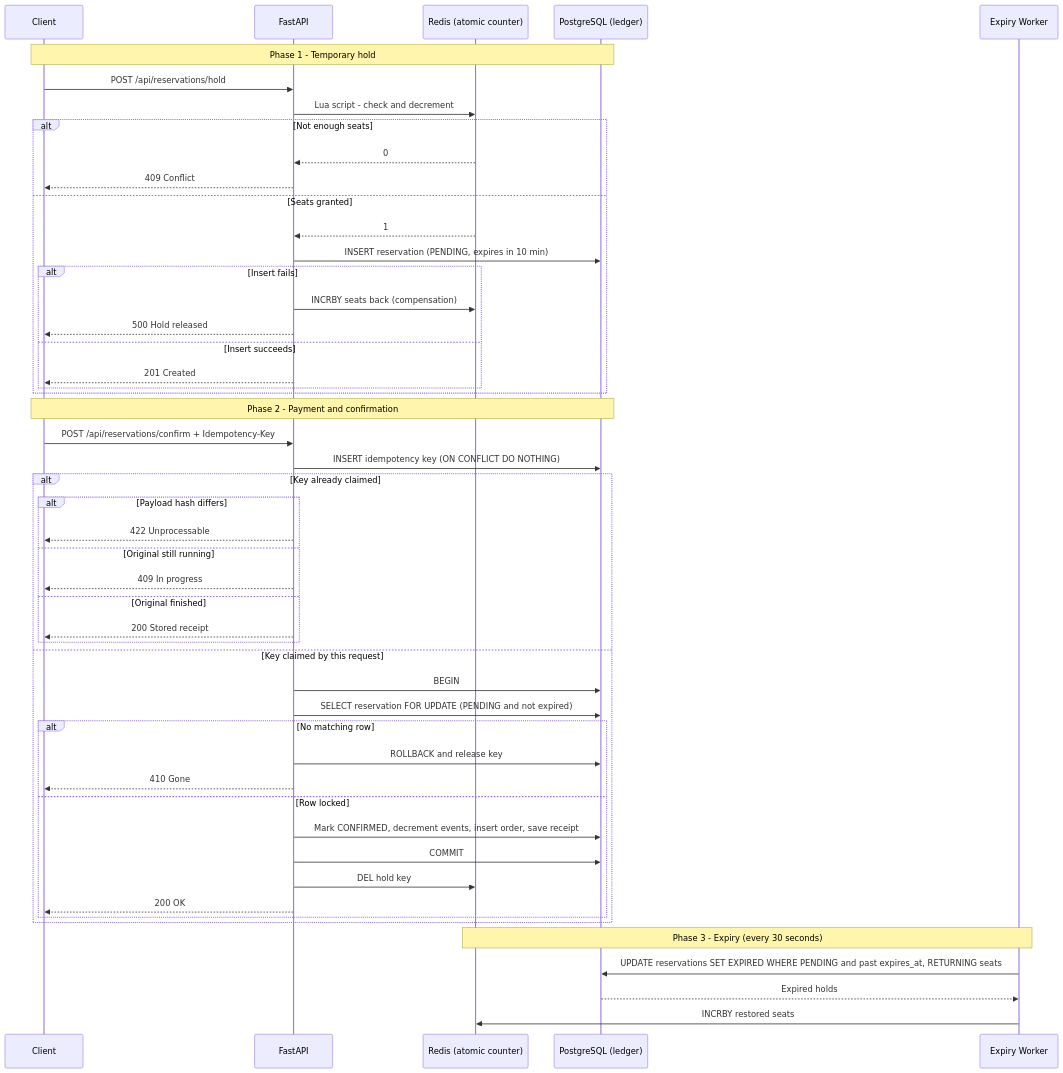
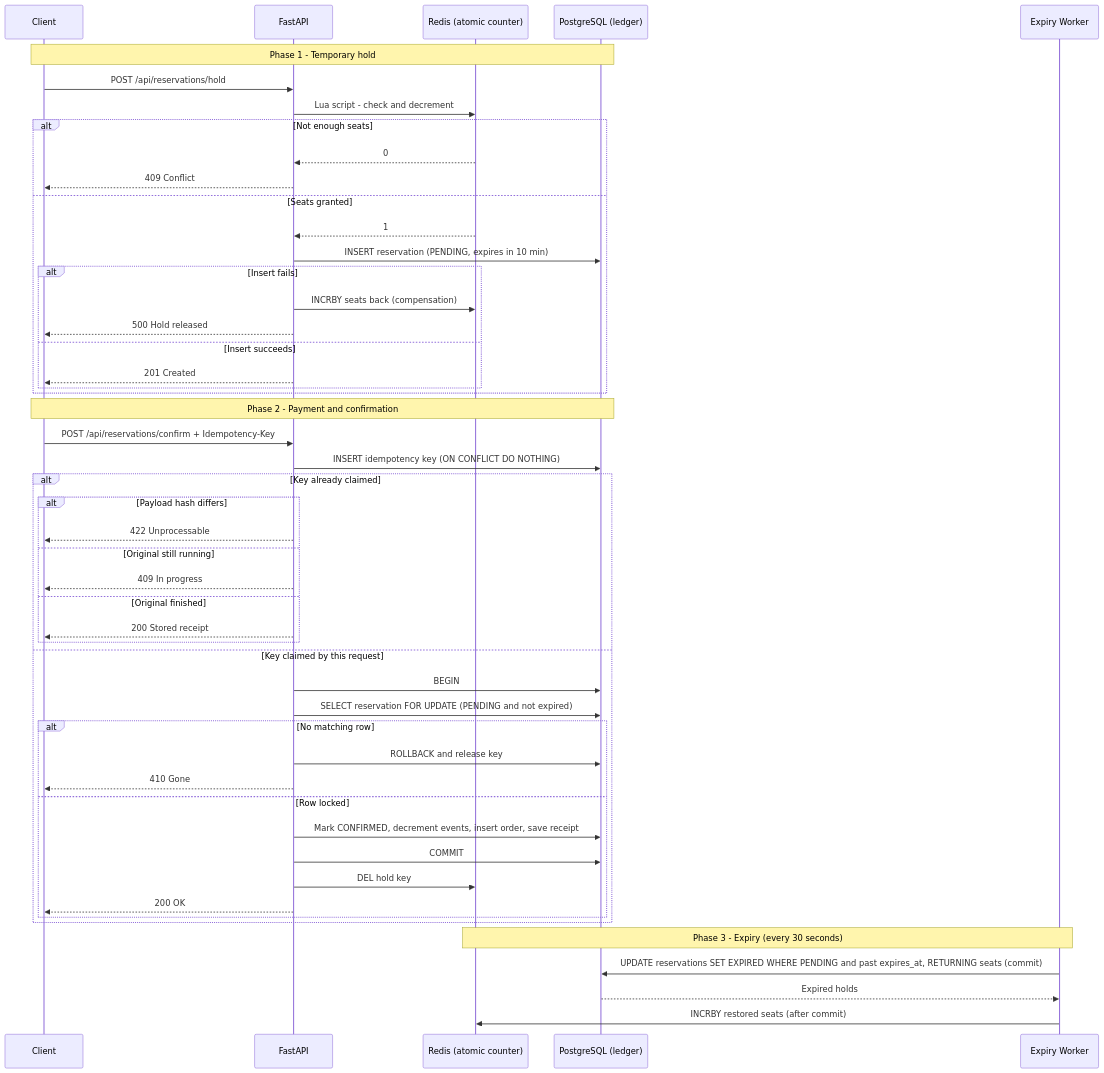
One commit to IFO45/Reservation-Engine changed the diagram in README.md. Above: the diagram before and after it, drawn with Mermaid. The commit also changed other lines of this file and 7 other files, not shown here.

````diff
--- a/README.md
+++ b/README.md
@@ -18,55 +19,55 @@
 ```mermaid
 sequenceDiagram
     participant Client
     participant API as FastAPI
     participant Redis as Redis (atomic counter)
     participant DB as PostgreSQL (ledger)
     participant Worker as Expiry Worker
 
     Note over Client,DB: Phase 1 - Temporary hold
     Client->>API: POST /api/reservations/hold
     API->>Redis: Lua script - check and decrement
     alt Not enough seats
         Redis-->>API: 0
         API-->>Client: 409 Conflict
     else Seats granted
         Redis-->>API: 1
         API->>DB: INSERT reservation (PENDING, expires in 10 min)
         alt Insert fails
             API->>Redis: INCRBY seats back (compensation)
             API-->>Client: 500 Hold released
         else Insert succeeds
             API-->>Client: 201 Created
         end
     end
 
     Note over Client,DB: Phase 2 - Payment and confirmation
     Client->>API: POST /api/reservations/confirm + Idempotency-Key
     API->>DB: INSERT idempotency key (ON CONFLICT DO NOTHING)
     alt Key already claimed
         alt Payload hash differs
             API-->>Client: 422 Unprocessable
         else Original still running
             API-->>Client: 409 In progress
         else Original finished
             API-->>Client: 200 Stored receipt
         end
     else Key claimed by this request
         API->>DB: BEGIN
         API->>DB: SELECT reservation FOR UPDATE (PENDING and not expired)
         alt No matching row
             API->>DB: ROLLBACK and release key
             API-->>Client: 410 Gone
         else Row locked
             API->>DB: Mark CONFIRMED, decrement events, insert order, save receipt
             API->>DB: COMMIT
             API->>Redis: DEL hold key
             API-->>Client: 200 OK
         end
     end
 
     Note over Worker,Redis: Phase 3 - Expiry (every 30 seconds)
-    Worker->>DB: UPDATE reservations SET EXPIRED WHERE PENDING and past expires_at, RETURNING seats
+    Worker->>DB: UPDATE reservations SET EXPIRED WHERE PENDING and past expires_at, RETURNING seats (commit)
     DB-->>Worker: Expired holds
-    Worker->>Redis: INCRBY restored seats
+    Worker->>Redis: INCRBY restored seats (after commit)
 ```
````
